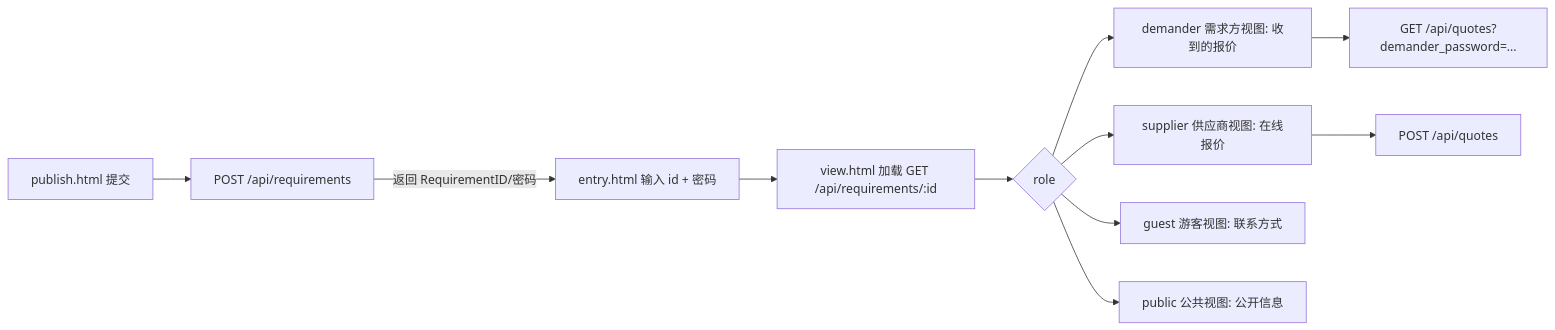
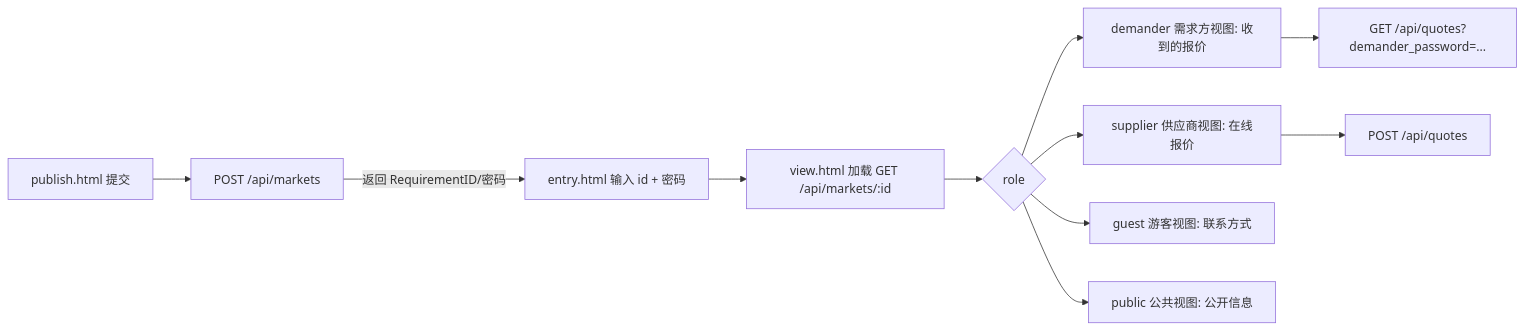
One commit to Cery/vision changed the first of 2 diagrams in docs/需求市场使用说明.md. Above: the diagram before and after it, drawn with Mermaid. The commit also changed other lines of this file and 10 other files, not shown here.

````diff
--- a/docs/需求市场使用说明.md
+++ b/docs/需求市场使用说明.md
@@ -218,13 +217,13 @@
 ```mermaid
 flowchart LR
-  A[publish.html 提交] --> B[POST /api/requirements]
+  A[publish.html 提交] --> B[POST /api/markets]
   B -->|返回 RequirementID/密码| C[entry.html 输入 id + 密码]
-  C --> D[view.html 加载 GET /api/requirements/:id]
+  C --> D[view.html 加载 GET /api/markets/:id]
   D --> E{role}
   E --> E1[demander 需求方视图: 收到的报价]
   E --> E2[supplier 供应商视图: 在线报价]
   E --> E3[guest 游客视图: 联系方式]
   E --> E4[public 公共视图: 公开信息]
   E2 --> F[POST /api/quotes]
   E1 --> G[GET /api/quotes?demander_password=...]
 ```
````
